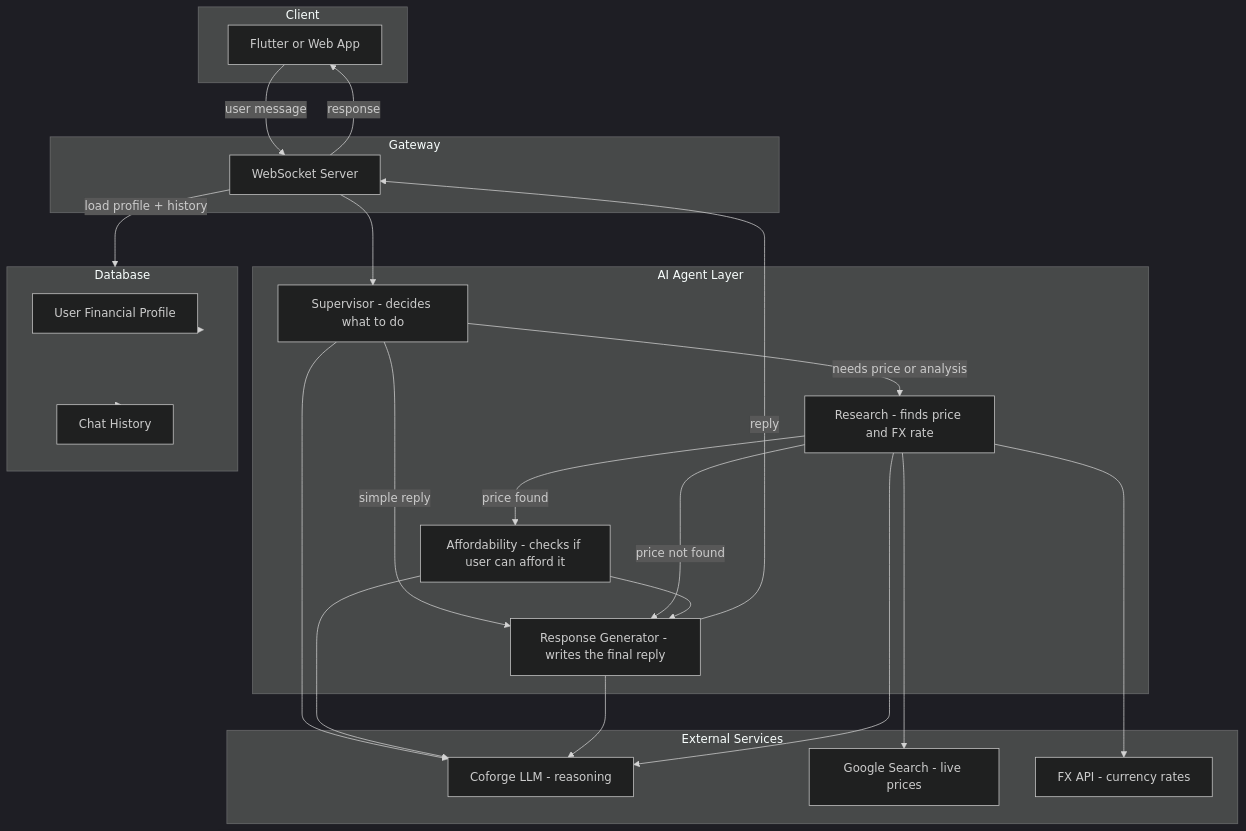
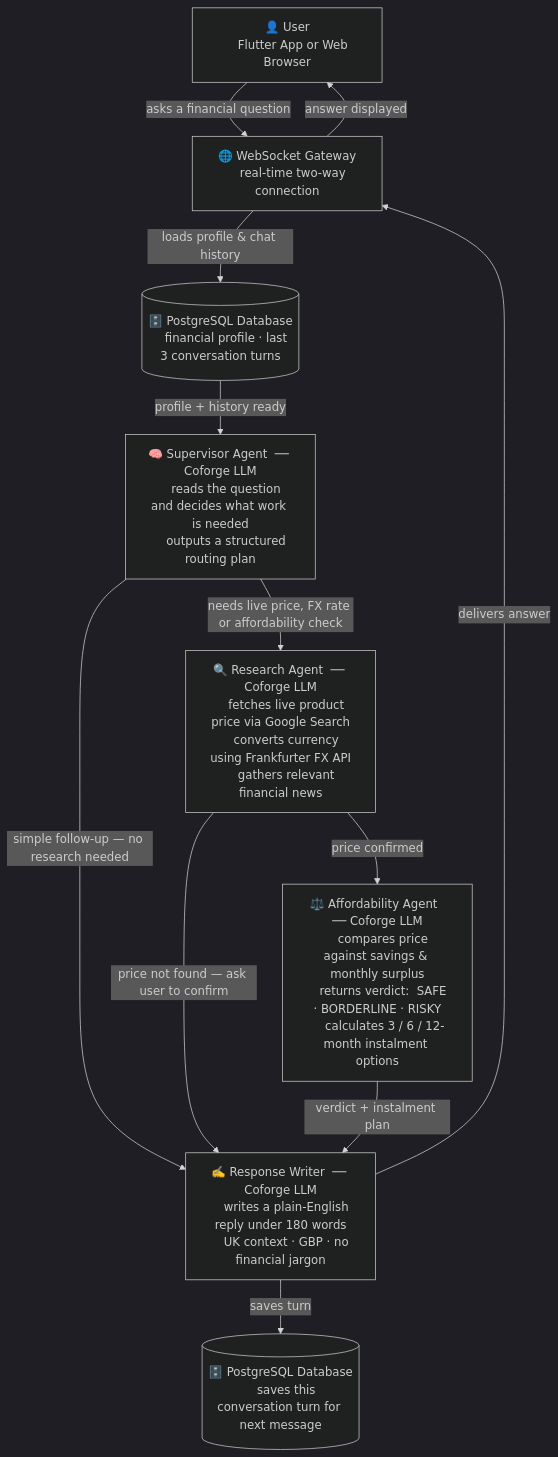
The diagram in docs/HLD.md (ravi1soni-hue/coforge_fin_ai_banking), drawn with Mermaid (dark theme) before and after one commit. The commit also changed other lines of this file and 13 other files, not shown here.

Commit message:
fix: reseed financial data for retail and corporate users

````diff
--- a/docs/HLD.md
+++ b/docs/HLD.md
@@ -1,48 +3,48 @@
 ```mermaid
 flowchart TD
-    subgraph CLIENT[Client]
-        FL[Flutter or Web App]
-    end
+    USER["👤 User
+    Flutter App or Web Browser"]
 
-    subgraph GATEWAY[Gateway]
-        WS[WebSocket Server]
-    end
+    GW["🌐 WebSocket Gateway
+    real-time two-way connection"]
 
-    subgraph AI[AI Agent Layer]
-        SUP[Supervisor - decides what to do]
-        RES[Research - finds price and FX rate]
-        AFF[Affordability - checks if user can afford it]
-        SYN[Response Generator - writes the final reply]
-    end
+    DB[("🗄️ PostgreSQL Database
+    financial profile · last 3 conversation turns")]
 
-    subgraph EXTERNAL[External Services]
-        LLM[Coforge LLM - reasoning]
-        SERPER[Google Search - live prices]
-        FXAPI[FX API - currency rates]
-    end
+    SUP["🧠 Supervisor Agent  ── Coforge LLM
+    reads the question and decides what work is needed
+    outputs a structured routing plan"]
 
-    subgraph DATA[Database]
-        PROFILE[User Financial Profile]
-        HISTORY[Chat History]
-    end
+    RES["🔍 Research Agent  ── Coforge LLM
+    fetches live product price via Google Search
+    converts currency using Frankfurter FX API
+    gathers relevant financial news"]
 
-    FL -->|user message| WS
-    WS -->|load profile + history| DATA
-    WS --> SUP
-    SUP -->|needs price or analysis| RES
-    SUP -->|simple reply| SYN
-    RES -->|price found| AFF
-    RES -->|price not found| SYN
-    AFF --> SYN
-    SYN -->|reply| WS
-    WS -->|response| FL
+    AFF["⚖️ Affordability Agent  ── Coforge LLM
+    compares price against savings & monthly surplus
+    returns verdict:  SAFE · BORDERLINE · RISKY
+    calculates 3 / 6 / 12-month instalment options"]
 
-    SUP --> LLM
-    AFF --> LLM
-    SYN --> LLM
-    RES --> LLM
-    RES --> SERPER
-    RES --> FXAPI
-    DATA --> PROFILE
-    DATA --> HISTORY
+    SYN["✍️ Response Writer  ── Coforge LLM
+    writes a plain-English reply under 180 words
+    UK context · GBP · no financial jargon"]
+
+    SAVE[("🗄️ PostgreSQL Database
+    saves this conversation turn for next message")]
+
+    USER -->|"asks a financial question"| GW
+    GW -->|"loads profile & chat history"| DB
+    DB -->|"profile + history ready"| SUP
+
+    SUP -->|"needs live price, FX rate or affordability check"| RES
+    SUP -->|"simple follow-up — no research needed"| SYN
+
+    RES -->|"price confirmed"| AFF
+    RES -->|"price not found — ask user to confirm"| SYN
+
+    AFF -->|"verdict + instalment plan"| SYN
+
+    SYN -->|"saves turn"| SAVE
+    SYN -->|"delivers answer"| GW
+    GW -->|"answer displayed"| USER
 ```
````
